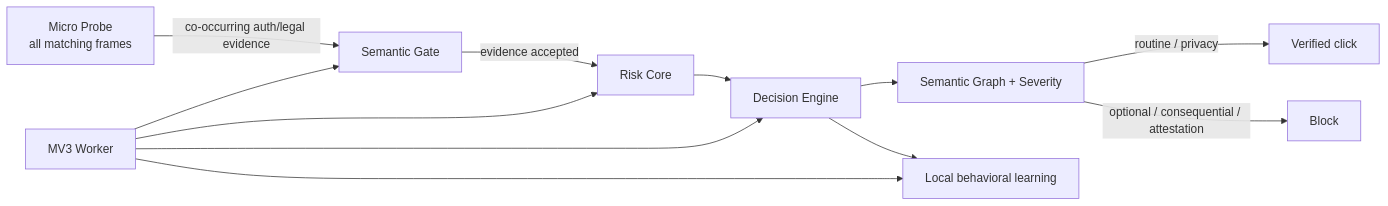
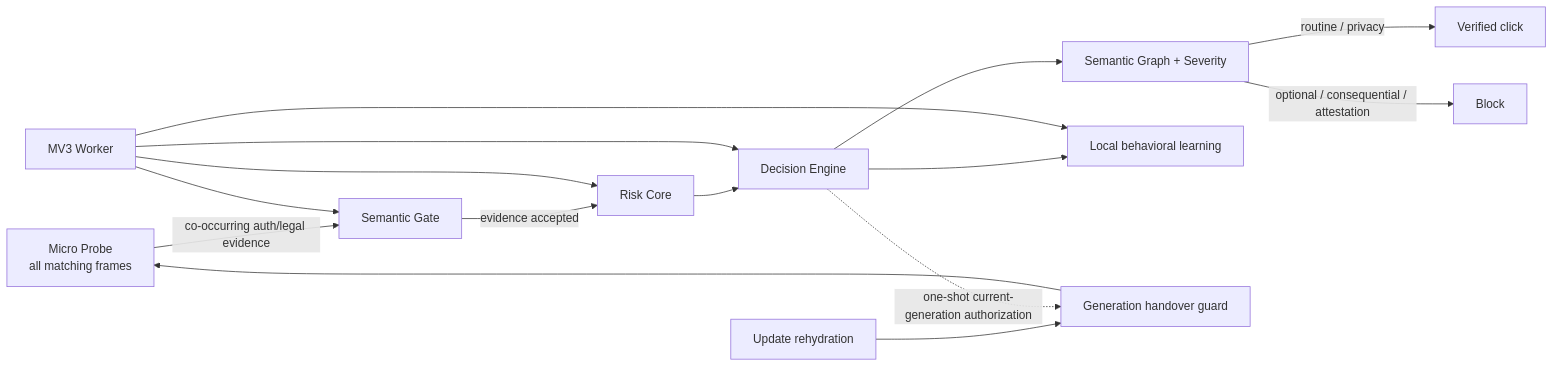
One commit to QzCrane/auto-agree changed the diagram in README.md. Above: the diagram before and after it, drawn with Mermaid. The commit also changed other lines of this file and 29 other files, not shown here.

First line of the commit message:
feat: AutoAgree v9 invariant recovery and generation handover firewall

````diff
--- a/README.md
+++ b/README.md
@@ -21,14 +21,17 @@
 ```mermaid
 flowchart LR
   P[Micro Probe\nall matching frames] -->|co-occurring auth/legal evidence| G[Semantic Gate]
   G -->|evidence accepted| R[Risk Core]
   R --> E[Decision Engine]
   E --> S[Semantic Graph + Severity]
   S -->|routine / privacy| C[Verified click]
   S -->|optional / consequential / attestation| B[Block]
   E --> L[Local behavioral learning]
   W[MV3 Worker] --> G
   W --> R
   W --> E
   W --> L
+  U[Update rehydration] --> H[Generation handover guard]
+  H --> P
+  E -. one-shot current-generation authorization .-> H
 ```
````
